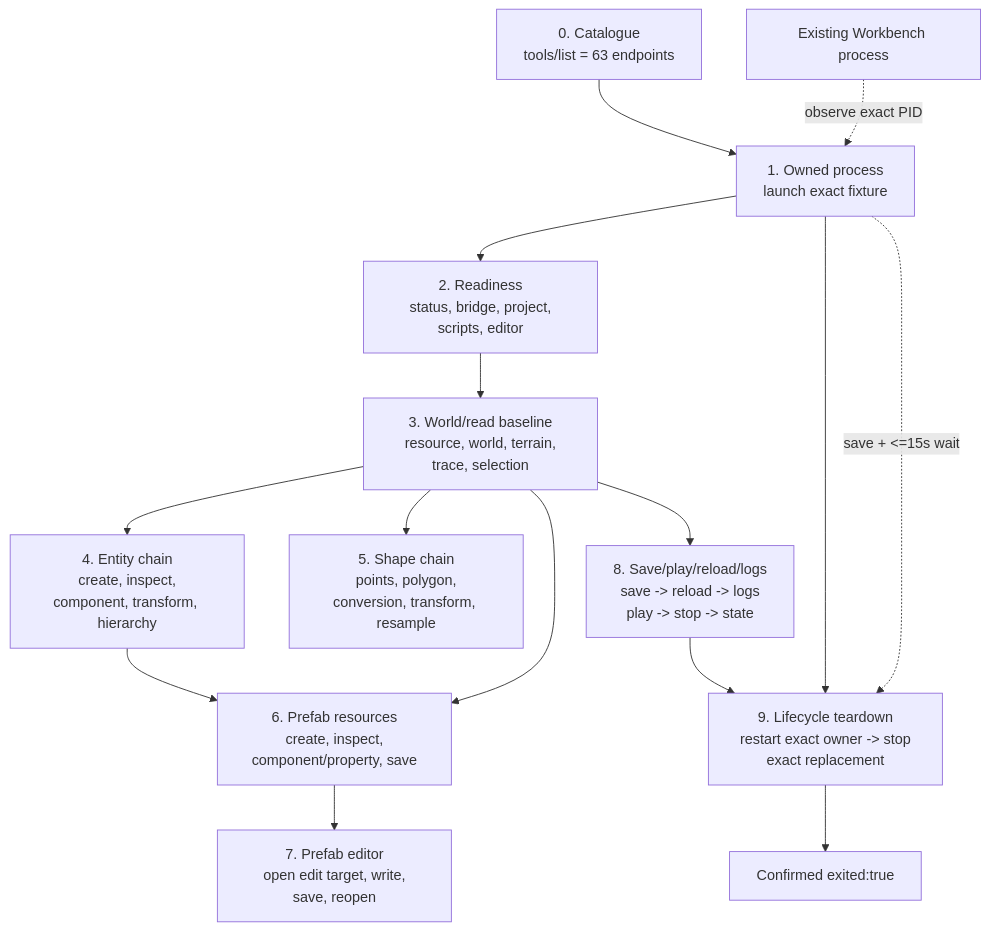
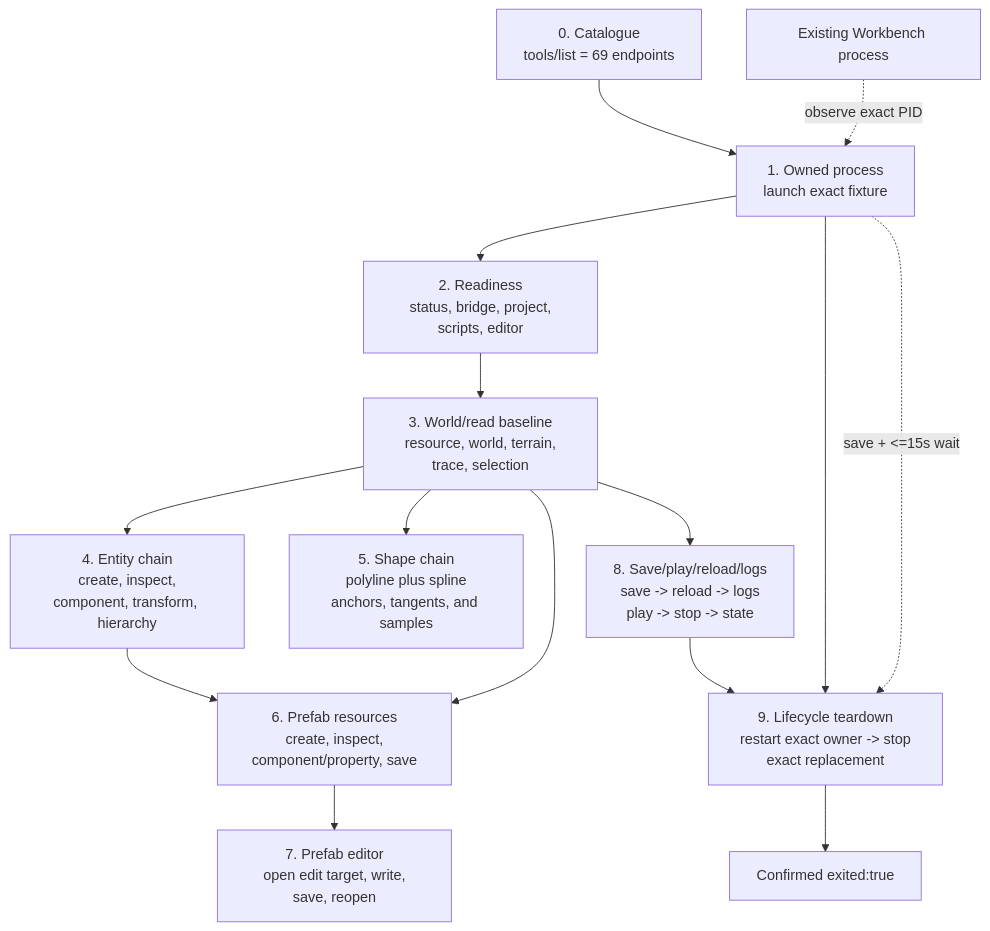
One commit to MiniHood/reforger-script-tools changed the diagram in docs/workbench-mcp-test-workflows.md. Above: the diagram before and after it, drawn with Mermaid. The commit also changed other lines of this file and 10 other files, not shown here.

Commit message:
feat: add spline Workbench MCP tools

````diff
--- a/docs/workbench-mcp-test-workflows.md
+++ b/docs/workbench-mcp-test-workflows.md
@@ -157,29 +157,29 @@
 ```mermaid
 flowchart TD
-    C[0. Catalogue\n tools/list = 63 endpoints]
+    C[0. Catalogue\n tools/list = 69 endpoints]
     L[1. Owned process\n launch exact fixture]
     R[2. Readiness\n status, bridge, project, scripts, editor]
     W[3. World/read baseline\n resource, world, terrain, trace, selection]
     E[4. Entity chain\n create, inspect, component, transform, hierarchy]
-    H[5. Shape chain\n points, polygon, conversion, transform, resample]
+    H[5. Shape chain\n polyline plus spline anchors, tangents, and samples]
     P[6. Prefab resources\n create, inspect, component/property, save]
     PE[7. Prefab editor\n open edit target, write, save, reopen]
     S[8. Save/play/reload/logs\n save -> reload -> logs\n play -> stop -> state]
     X[9. Lifecycle teardown\n restart exact owner -> stop exact replacement]
 
     C --> L
     L --> R
     R --> W
     W --> E
     W --> H
     E --> P
     P --> PE
     W --> P
     W --> S
     S --> X
     L --> X
 
     O[Existing Workbench process] -. observe exact PID .-> L
     L -. save + <=15s wait .-> X
     X --> Q[Confirmed exited:true]
 ```
````
